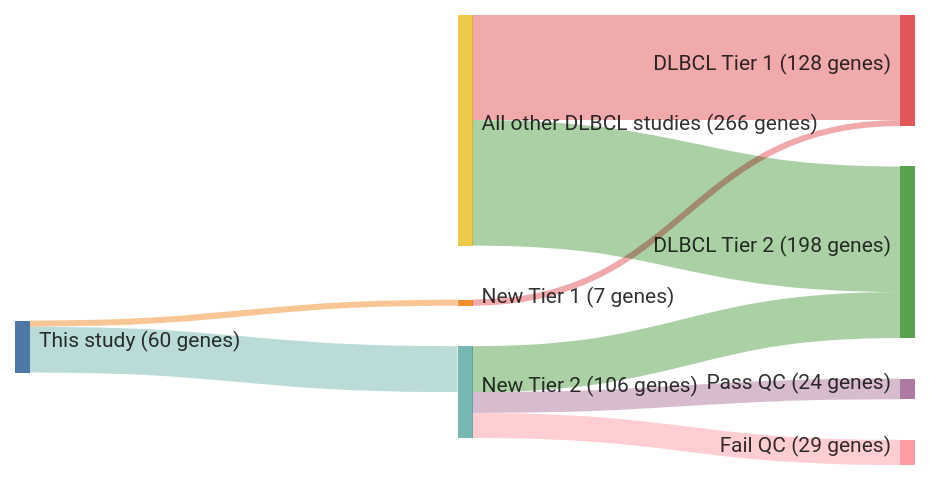
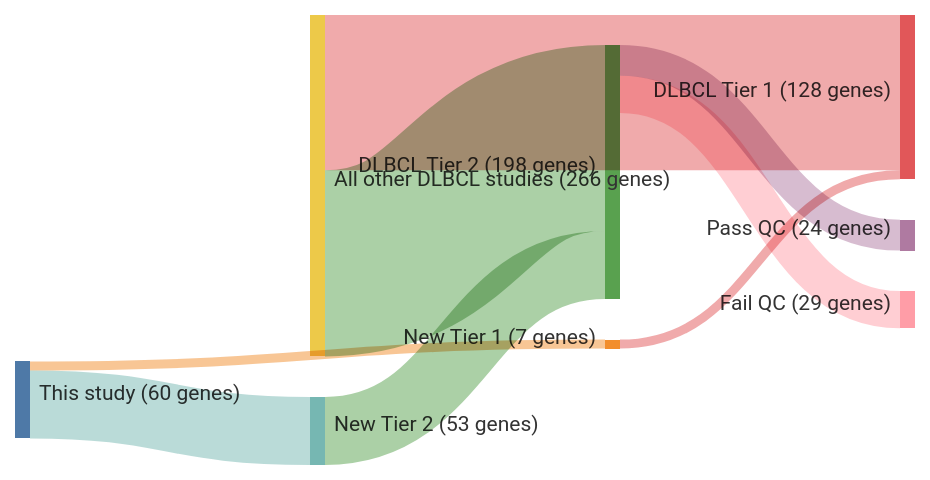
Before and after one commit to morinlab/lymphopedia: the diagram in papers/reddyGeneticFunctionalDrivers2017.md, drawn with Mermaid. The commit also changed 2 other files, not shown here.

````diff
--- a/papers/reddyGeneticFunctionalDrivers2017.md
+++ b/papers/reddyGeneticFunctionalDrivers2017.md
@@ -12,22 +12,22 @@
 ```mermaid
 ---
 config:
     sankey:
         showValues: true
         linkColor: target
         width: 600
         height: 300
         nodeAlignment: right
         prefix: '('
         suffix: ' genes)'
 ---
 sankey-beta
 This study, New Tier 1, 7
 New Tier 1, DLBCL Tier 1, 7
 This study, New Tier 2, 53
 New Tier 2, DLBCL Tier 2, 53
 All other DLBCL studies, DLBCL Tier 1, 121
 All other DLBCL studies, DLBCL Tier 2, 145
-New Tier 2, Pass QC, 24
-New Tier 2, Fail QC, 29
+DLBCL Tier 2, Pass QC, 24
+DLBCL Tier 2, Fail QC, 29
 ```
````
